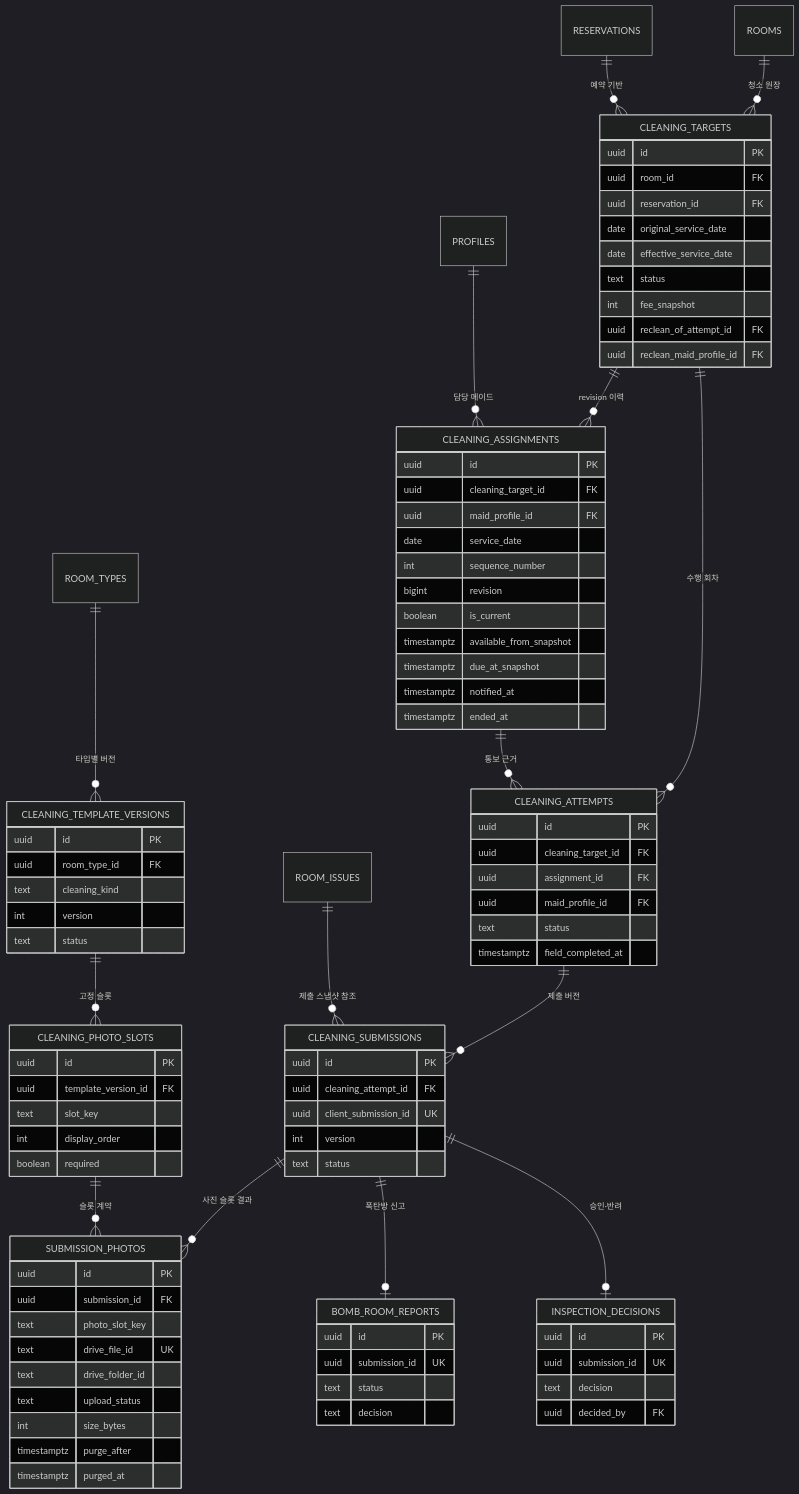
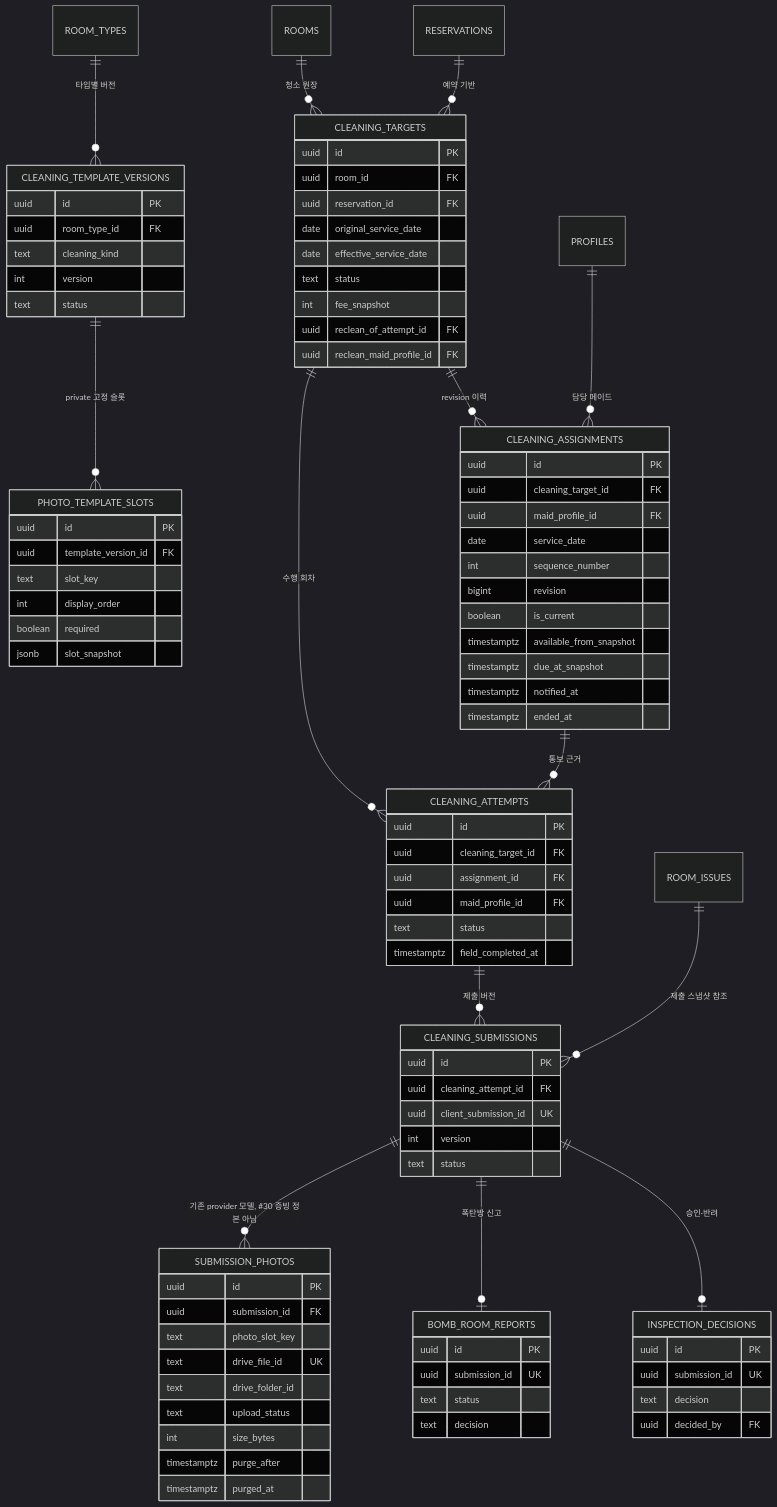
The fourth of 8 diagrams in docs/ERD.md (wrongstory/room-management-system-backend), drawn with Mermaid (dark theme) before and after one commit. The commit also changed other lines of this file and 16 other files, not shown here.

````diff
--- a/docs/ERD.md
+++ b/docs/ERD.md
@@ -265,7 +265,7 @@
 ```mermaid
 erDiagram
   ROOM_TYPES ||--o{ CLEANING_TEMPLATE_VERSIONS : "타입별 버전"
-  CLEANING_TEMPLATE_VERSIONS ||--o{ CLEANING_PHOTO_SLOTS : "고정 슬롯"
+  CLEANING_TEMPLATE_VERSIONS ||--o{ PHOTO_TEMPLATE_SLOTS : "private 고정 슬롯"
   ROOMS ||--o{ CLEANING_TARGETS : "청소 원장"
   RESERVATIONS ||--o{ CLEANING_TARGETS : "예약 기반"
   CLEANING_TARGETS ||--o{ CLEANING_ASSIGNMENTS : "revision 이력"
@@ -273,8 +273,7 @@
   CLEANING_TARGETS ||--o{ CLEANING_ATTEMPTS : "수행 회차"
   CLEANING_ASSIGNMENTS ||--o{ CLEANING_ATTEMPTS : "통보 근거"
   CLEANING_ATTEMPTS ||--o{ CLEANING_SUBMISSIONS : "제출 버전"
-  CLEANING_SUBMISSIONS ||--o{ SUBMISSION_PHOTOS : "사진 슬롯 결과"
-  CLEANING_PHOTO_SLOTS ||--o{ SUBMISSION_PHOTOS : "슬롯 계약"
+  CLEANING_SUBMISSIONS ||--o{ SUBMISSION_PHOTOS : "기존 provider 모델, #30 증빙 정본 아님"
   CLEANING_SUBMISSIONS ||--o| BOMB_ROOM_REPORTS : "폭탄방 신고"
   CLEANING_SUBMISSIONS ||--o| INSPECTION_DECISIONS : "승인·반려"
   ROOM_ISSUES ||--o{ CLEANING_SUBMISSIONS : "제출 스냅샷 참조"
@@ -286,12 +285,13 @@
     int version
     text status
   }
-  CLEANING_PHOTO_SLOTS {
+  PHOTO_TEMPLATE_SLOTS {
     uuid id PK
     uuid template_version_id FK
     text slot_key
     int display_order
     boolean required
+    jsonb slot_snapshot
   }
   CLEANING_TARGETS {
     uuid id PK
````
